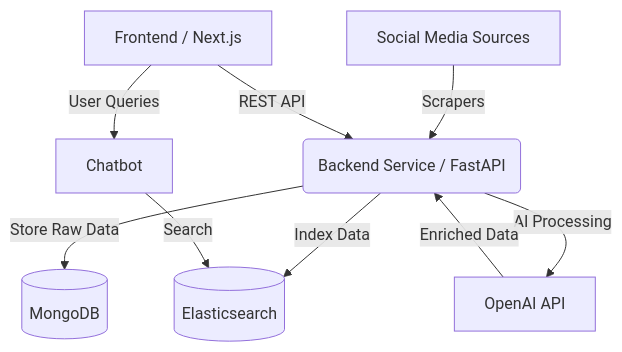
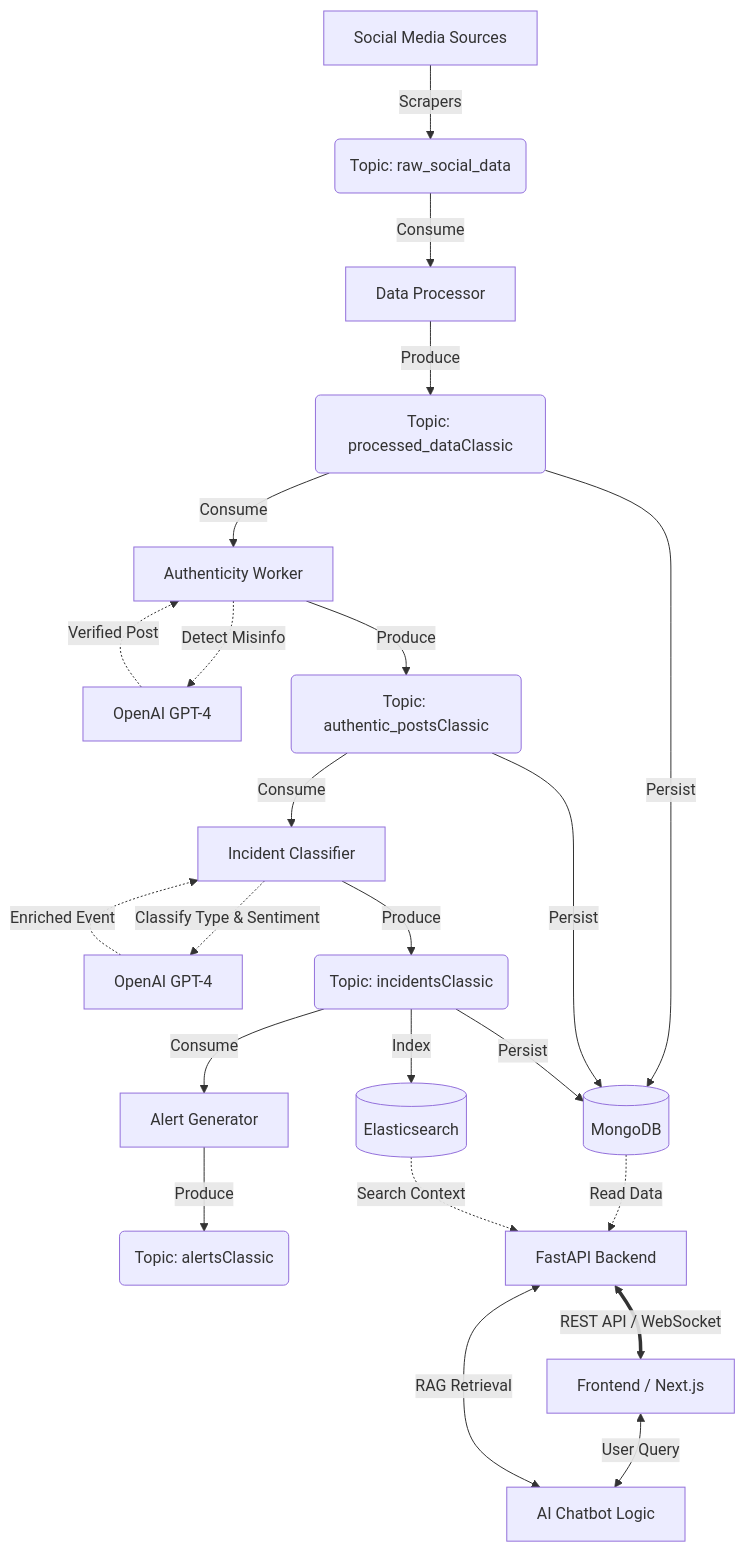
The diagram in README.md (rachelfong0320/DisasterLens), drawn with Mermaid before and after one commit.

Commit message:
Revise architecture diagram in README
Updated architecture diagram to include stream processing and access layers.

````diff
--- a/README.md
+++ b/README.md
@@ -57,11 +57,35 @@
 ```mermaid
 graph TD
-    A[Social Media Sources] -->|Scrapers| B(Backend Service / FastAPI)
-    B -->|Store Raw Data| C[(MongoDB)]
-    B -->|Index Data| D[(Elasticsearch)]
-    B -->|AI Processing| E[OpenAI API]
-    E -->|Enriched Data| B
-    F[Frontend / Next.js] -->|REST API| B
-    F -->|User Queries| G[Chatbot]
-    G -->|Search| D
+    %% 1. Ingestion Layer
+    Sources[Social Media Sources] -->|Scrapers| T1(Topic: raw_social_data)
+
+    %% 2. Stream Processing Pipeline (The AI Workers)
+    T1 -->|Consume| P1[Data Processor]
+    P1 -->|Produce| T2(Topic: processed_dataClassic)
+
+    T2 -->|Consume| P2[Authenticity Worker]
+    P2 -.->|Detect Misinfo| AI2[OpenAI GPT-4]
+    AI2 -.->|Verified Post| P2
+    P2 -->|Produce| T3(Topic: authentic_postsClassic)
+
+    T3 -->|Consume| P3[Incident Classifier]
+    P3 -.->|Classify Type & Sentiment| AI3[OpenAI GPT-4]
+    AI3 -.->|Enriched Event| P3
+    P3 -->|Produce| T4(Topic: incidentsClassic)
+
+    T4 -->|Consume| P4[Alert Generator]
+    P4 -->|Produce| T5(Topic: alertsClassic)
+
+    %% 3. Persistence Layer (Workers Write Here)
+    T2 & T3 & T4  -->|Persist| DB[(MongoDB)]
+    T4  -->|Index| ES[(Elasticsearch)]
+
+    %% 4. Access Layer (FastAPI) - THIS IS THE NEW PART
+    DB -.->|Read Data| API[FastAPI Backend]
+    ES -.->|Search Context| API
+    
+    %% 5. Frontend & Chatbot
+    API <==>|REST API / WebSocket| FE[Frontend / Next.js]
+    FE <-->|User Query| Chat[AI Chatbot Logic]
+    Chat <-->|RAG Retrieval| API
 ```
````
